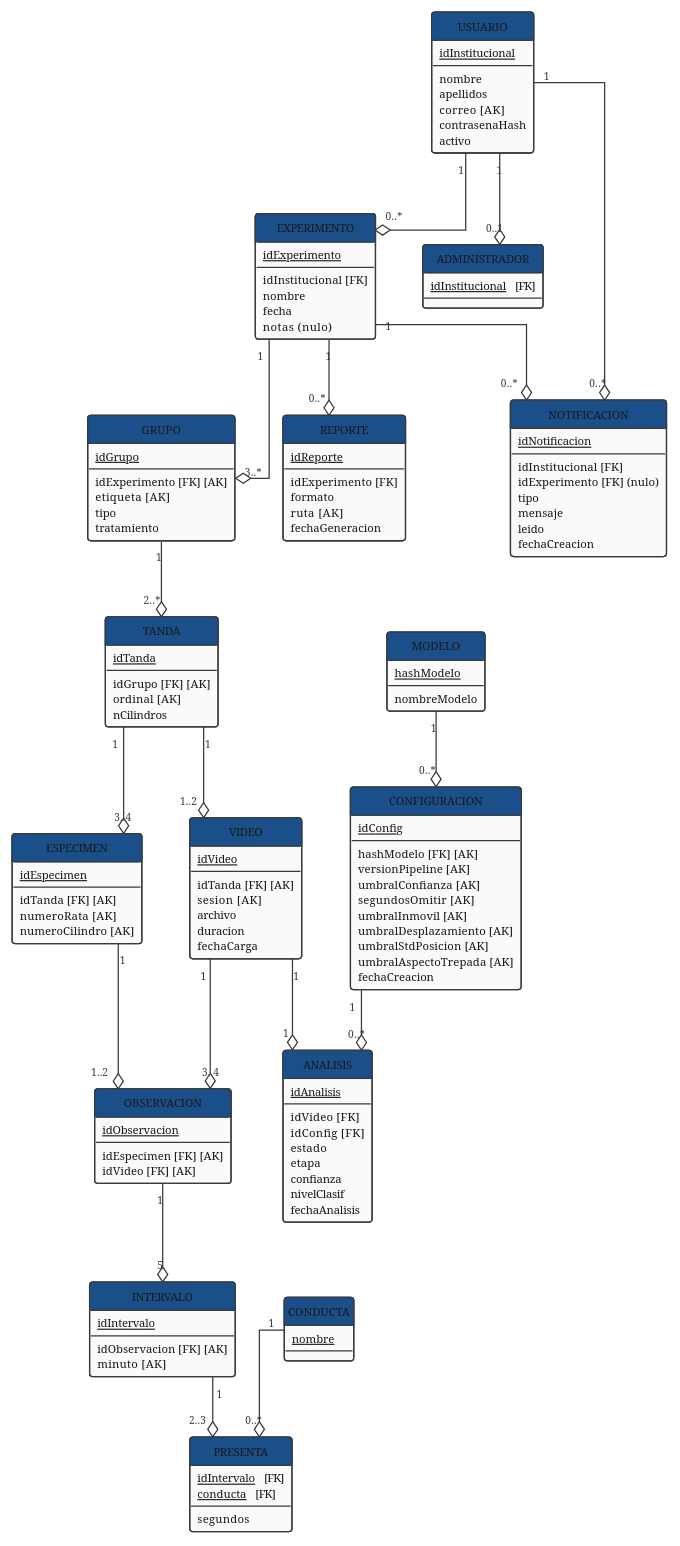
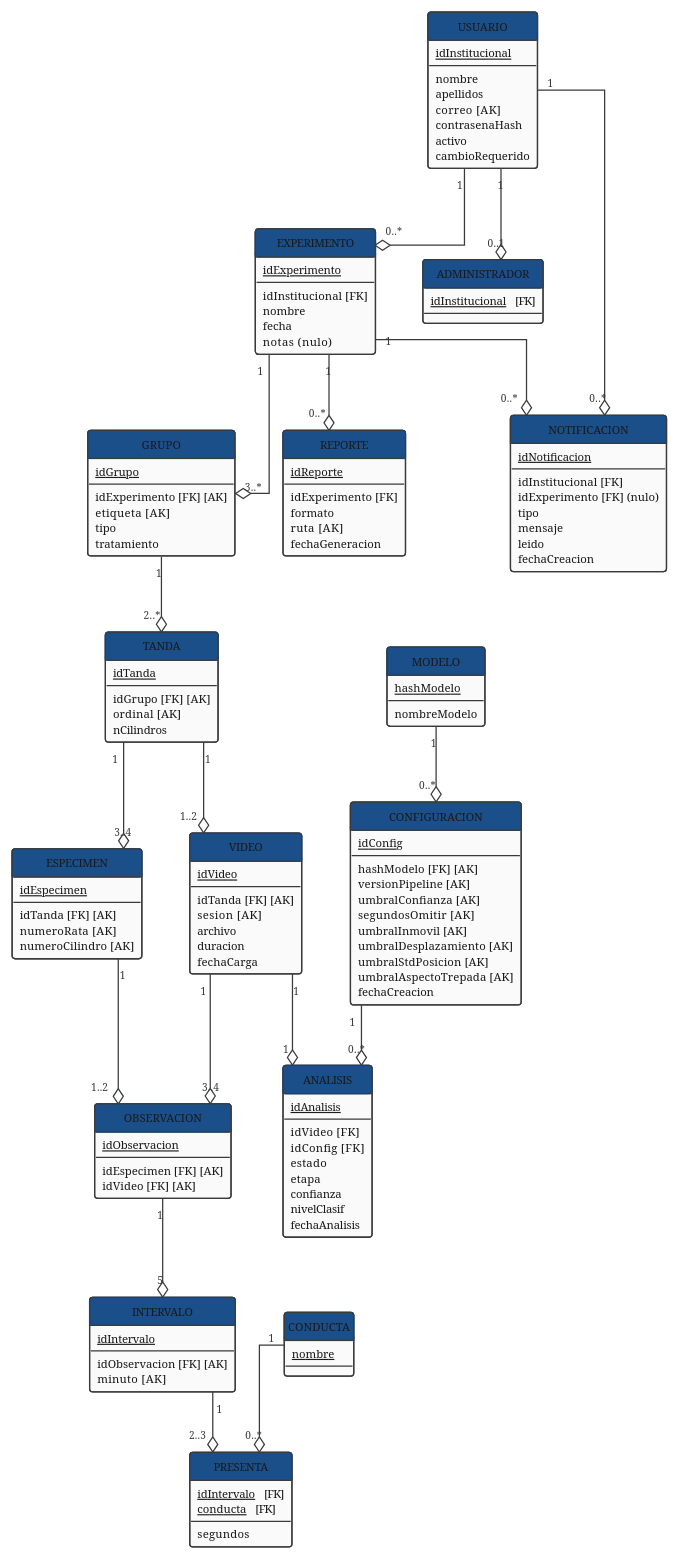
Before and after one commit to ErickJester/fst-ai-system-latex: the diagram in diagramas/grafo_relacional_reconciliado.puml, drawn with PlantUML. The commit also changed 5 other files, not shown here.

```diff
--- a/diagramas/grafo_relacional_reconciliado.puml
+++ b/diagramas/grafo_relacional_reconciliado.puml
@@ -12,7 +12,8 @@
 '  modelado como subtipo -- si el usuario no aparece aqui, es
 '  investigador simple.
 '
-'  16 relaciones - 73 atributos - 17 llaves foraneas.
+'  16 relaciones - 74 atributos - 17 llaves foraneas.
+'  (D-25, 15-sep: se agrego USUARIO.cambioRequerido, sube de 73 a 74)
 '  Validado relacion por relacion: las cuatro de la reconciliacion
 '  y ADMINISTRADOR quedan en BCNF.
 '
@@ -101,6 +102,7 @@
   correo   [AK]
   contrasenaHash
   activo
+  cambioRequerido
 }
 
 class EXPERIMENTO {
```
